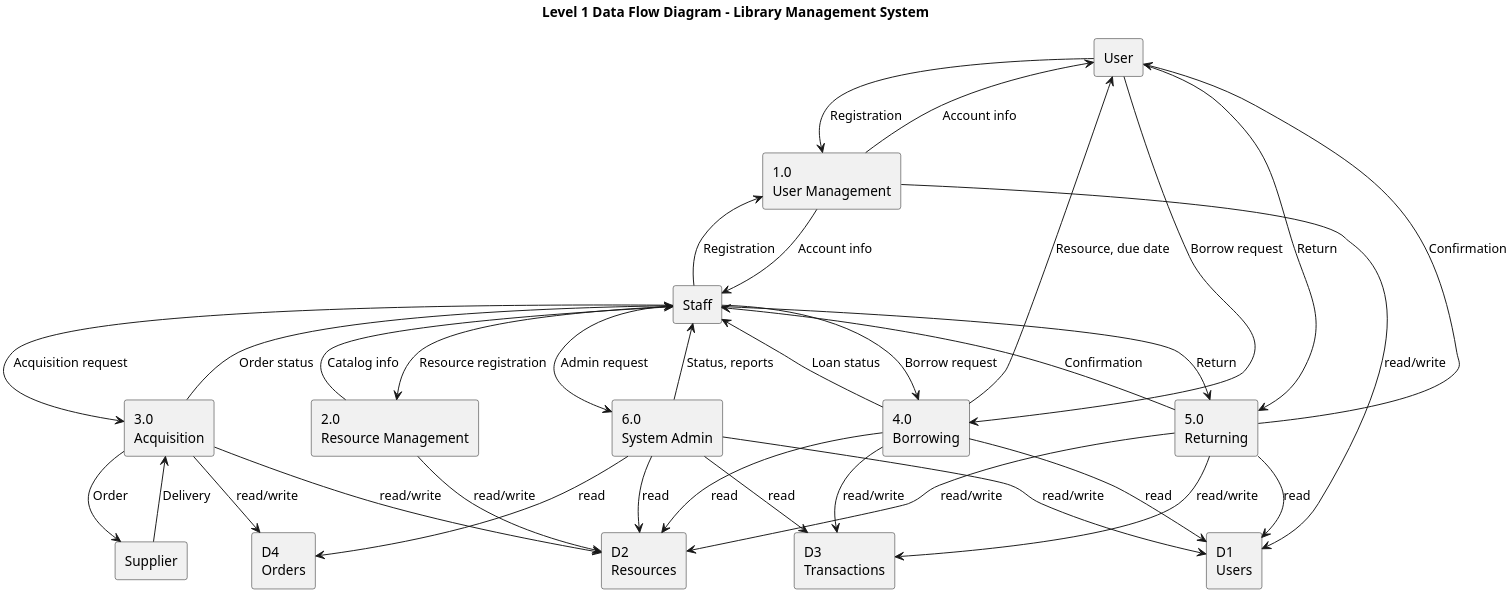
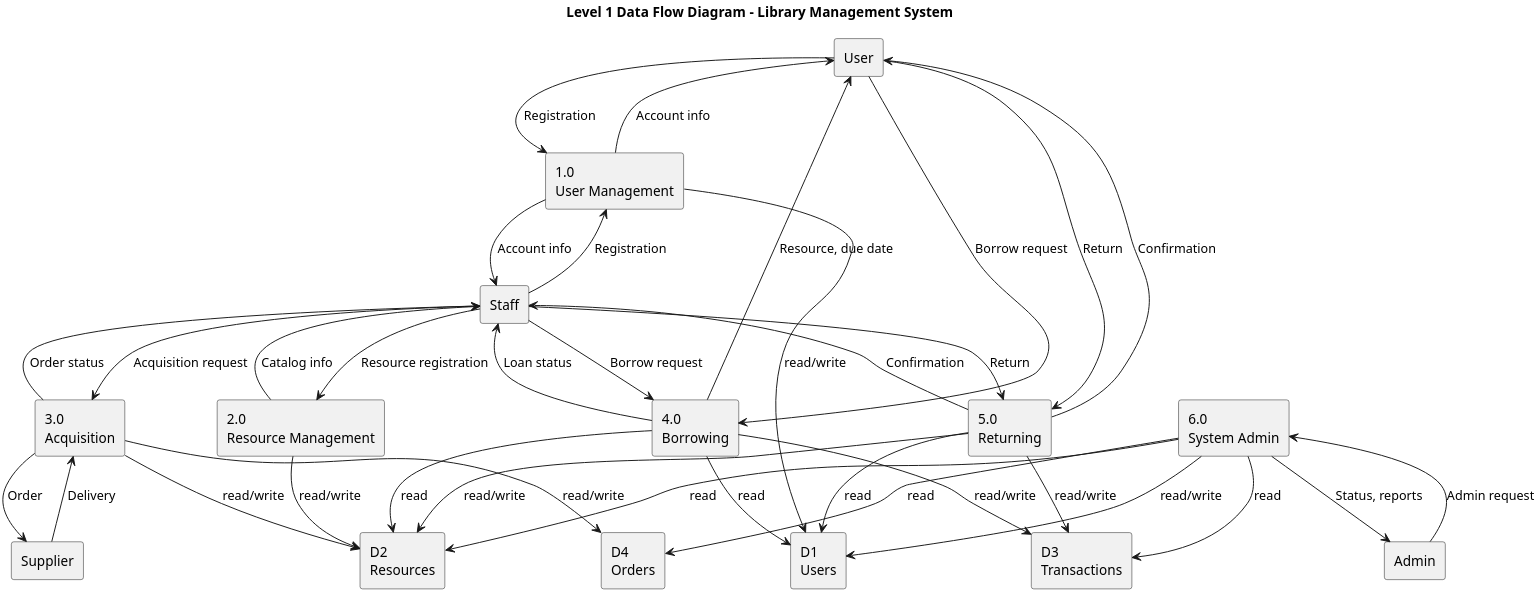
The diagram in library-management-system/dfd-level1.puml (TabotCharlesBessong/SQL), drawn with PlantUML before and after one commit. The commit also changed 4 other files, not shown here.

Commit message:
Add Level 1 Data Flow Diagram for Bus Station Management System, detailing external entities, data stores, and processes. Generated corresponding PNG file for visualization.

```diff
--- a/library-management-system/dfd-level1.puml
+++ b/library-management-system/dfd-level1.puml
@@ -1,69 +1,70 @@
 @startuml Level 1 DFD - Library Management System
 
 skinparam maxwidth 1600
 skinparam maxheight 1100
 skinparam dpi 300
 scale max 1600x1100
 
 title Level 1 Data Flow Diagram - Library Management System
 
 ' External entities
 rectangle "User" as User
+rectangle "Admin" as Admin
 rectangle "Staff" as Staff
 rectangle "Supplier" as Supplier
 
 ' Data stores (Dn = open-ended rectangle style)
 rectangle "D1\nUsers" as D1
 rectangle "D2\nResources" as D2
 rectangle "D3\nTransactions" as D3
 rectangle "D4\nOrders" as D4
 
 ' Processes
 rectangle "1.0\nUser Management" as P1
 rectangle "2.0\nResource Management" as P2
 rectangle "3.0\nAcquisition" as P3
 rectangle "4.0\nBorrowing" as P4
 rectangle "5.0\nReturning" as P5
 rectangle "6.0\nSystem Admin" as P6
 
 User --> P1 : Registration
 Staff --> P1 : Registration
 P1 --> User : Account info
 P1 --> Staff : Account info
 P1 --> D1 : read/write
 
 Staff --> P2 : Resource registration
 P2 --> Staff : Catalog info
 P2 --> D2 : read/write
 
 Staff --> P3 : Acquisition request
 P3 --> Supplier : Order
 Supplier --> P3 : Delivery
 P3 --> Staff : Order status
 P3 --> D4 : read/write
 P3 --> D2 : read/write
 
 User --> P4 : Borrow request
 Staff --> P4 : Borrow request
 P4 --> User : Resource, due date
 P4 --> Staff : Loan status
 P4 --> D3 : read/write
 P4 --> D2 : read
 P4 --> D1 : read
 
 User --> P5 : Return
 Staff --> P5 : Return
 P5 --> User : Confirmation
 P5 --> Staff : Confirmation
 P5 --> D3 : read/write
 P5 --> D2 : read/write
 P5 --> D1 : read
 
-Staff --> P6 : Admin request
-P6 --> Staff : Status, reports
+Admin --> P6 : Admin request
+P6 --> Admin : Status, reports
 P6 --> D1 : read/write
 P6 --> D2 : read
 P6 --> D3 : read
 P6 --> D4 : read
 
 @enduml
```
